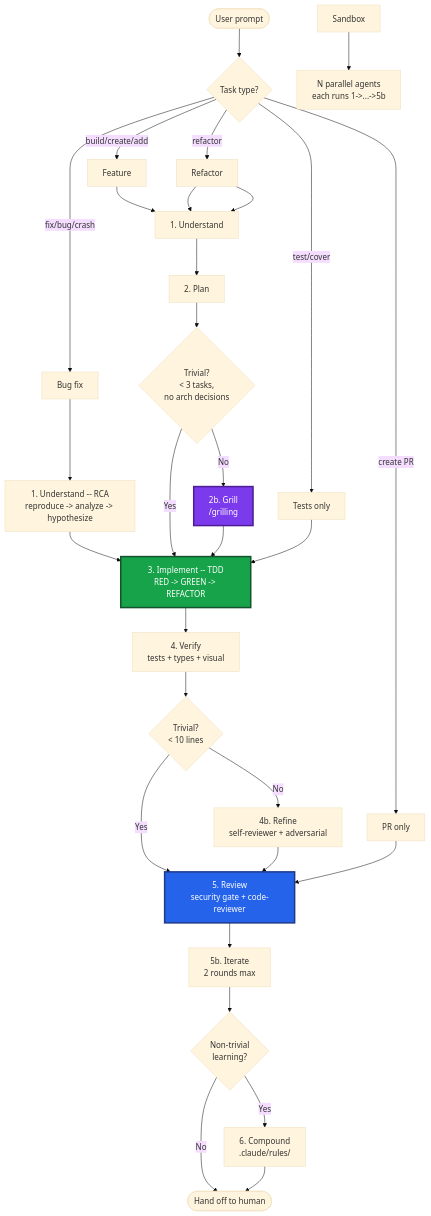
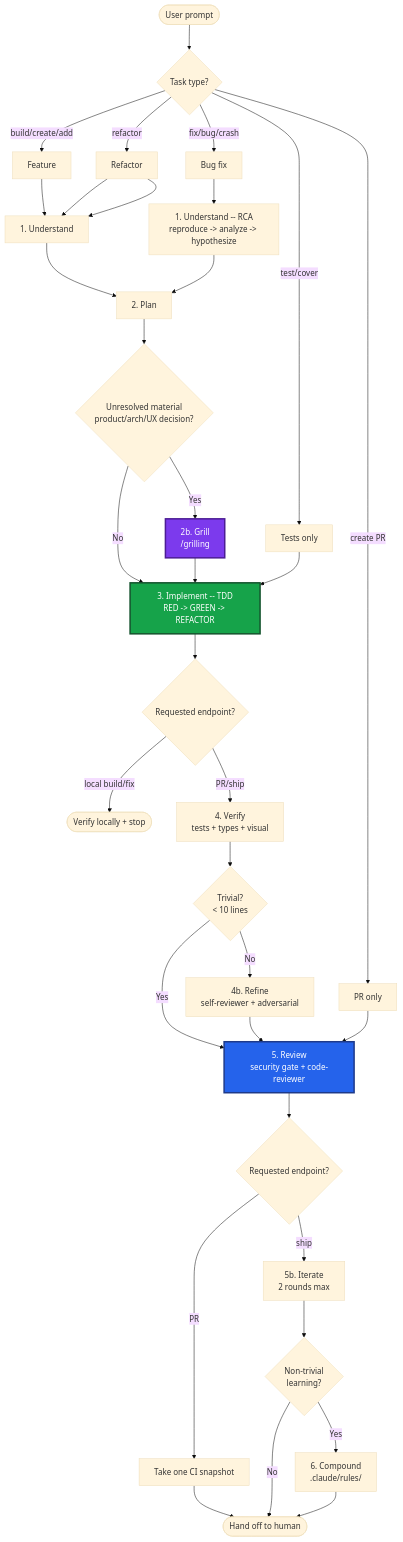
The first of 2 diagrams in development-lifecycle/REFERENCE.md (malinskibeniamin/skills), drawn with Mermaid (base theme) before and after one commit. The commit also changed other lines of this file and 65 other files, not shown here.

````diff
--- a/development-lifecycle/REFERENCE.md
+++ b/development-lifecycle/REFERENCE.md
@@ -9,47 +9,50 @@
 ```mermaid
 flowchart TD
     Start([User prompt]) --> Detect{Task type?}
 
     Detect -->|"build/create/add"| Feature[Feature]
     Detect -->|"fix/bug/crash"| Bug[Bug fix]
     Detect -->|"refactor"| Refactor[Refactor]
     Detect -->|"test/cover"| TestOnly[Tests only]
     Detect -->|"create PR"| PROnly[PR only]
 
     Feature --> P1[1. Understand]
     Bug --> P1_RCA[1. Understand -- RCA<br/>reproduce -> analyze -> hypothesize]
     Refactor --> P1
 
     P1 --> P2[2. Plan]
-    P1_RCA --> P3
+    P1_RCA --> P2
 
-    P2 --> Trivial{Trivial?<br/>< 3 tasks,<br/>no arch decisions}
-    Trivial -->|No| Grill[2b. Grill<br/>/grilling]
-    Trivial -->|Yes| P3
+    P2 --> Decision{Unresolved material<br/>product/arch/UX decision?}
+    Decision -->|Yes| Grill[2b. Grill<br/>/grilling]
+    Decision -->|No| P3
     Grill --> P3
 
     TestOnly --> P3
     P3[3. Implement -- TDD<br/>RED -> GREEN -> REFACTOR]
 
-    P3 --> P4[4. Verify<br/>tests + types + visual]
+    P3 --> Endpoint{Requested endpoint?}
+    Endpoint -->|local build/fix| LocalDone([Verify locally + stop])
+    Endpoint -->|PR/ship| P4[4. Verify<br/>tests + types + visual]
     P4 --> SmallDiff{Trivial?<br/>< 10 lines}
     SmallDiff -->|No| P4b[4b. Refine<br/>self-reviewer + adversarial]
     SmallDiff -->|Yes| P5
     P4b --> P5
 
     PROnly --> P5
     Refactor --> P1
 
     P5[5. Review<br/>security gate + code-reviewer]
-    P5 --> P5b[5b. Iterate<br/>2 rounds max]
+    P5 --> Delivery{Requested endpoint?}
+    Delivery -->|PR| Snapshot[Take one CI snapshot]
+    Snapshot --> Done
+    Delivery -->|ship| P5b[5b. Iterate<br/>2 rounds max]
     P5b --> Learn{Non-trivial<br/>learning?}
     Learn -->|Yes| P6[6. Compound<br/>.claude/rules/]
     Learn -->|No| Done([Hand off to human])
     P6 --> Done
 
-    Sandbox --> Parallel[N parallel agents<br/>each runs 1->...->5b]
-
     style P3 fill:#16a34a,stroke:#14532d,stroke-width:3px,color:#fff
     style Grill fill:#7c3aed,stroke:#4c1d95,stroke-width:3px,color:#fff
     style P5 fill:#2563eb,stroke:#1e3a8a,stroke-width:3px,color:#fff
 ```
````
